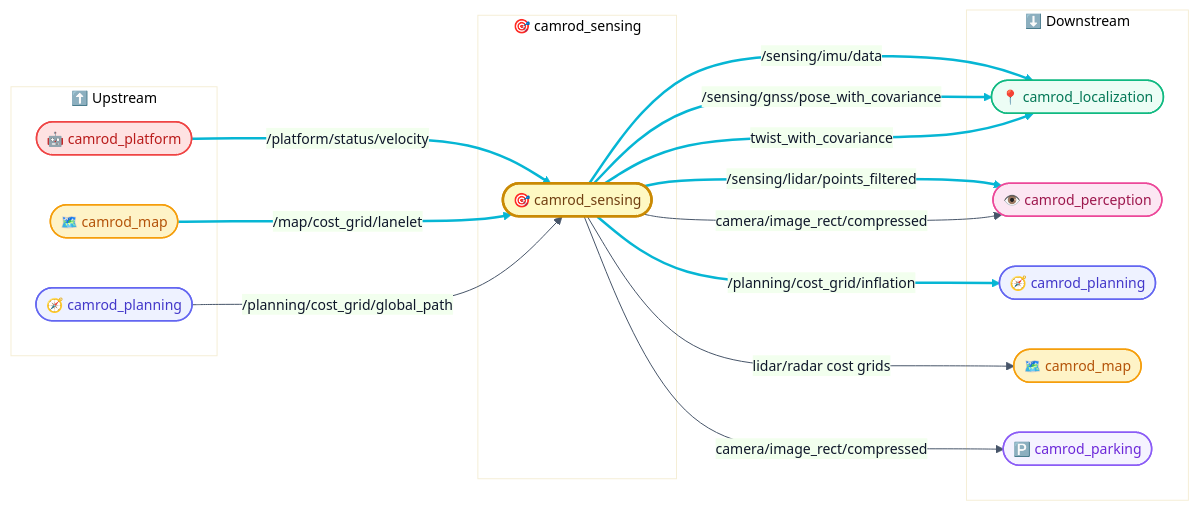
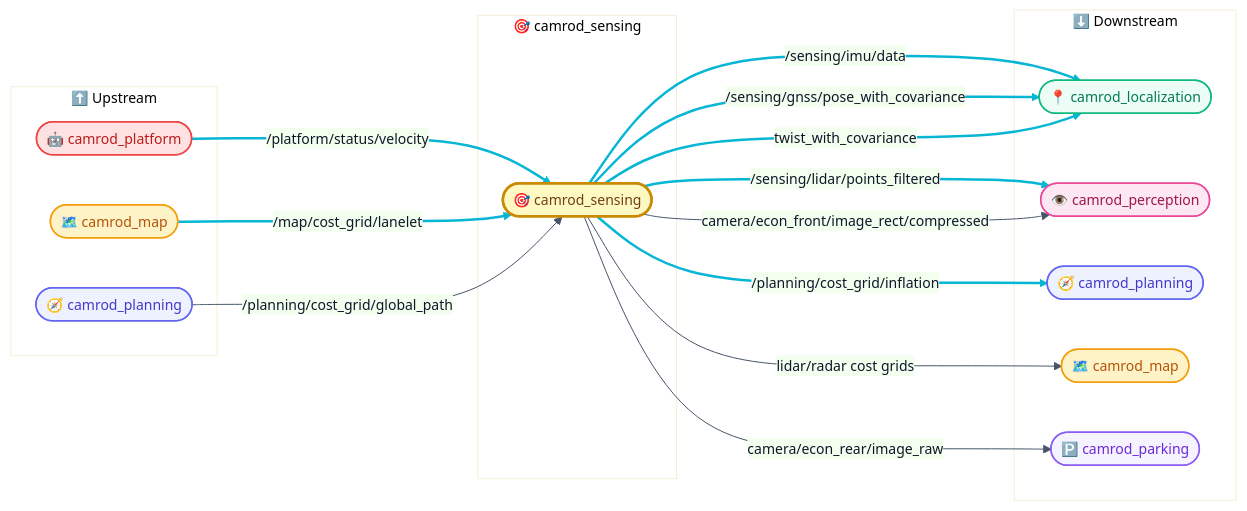
One commit to hwanhonglee/CAMROD changed the first of 3 diagrams in camrod_sensing/README.md. Above: the diagram before and after it, drawn with Mermaid. The commit also changed other lines of this file and 4 other files, not shown here.

````diff
--- a/camrod_sensing/README.md
+++ b/camrod_sensing/README.md
@@ -39,50 +39,50 @@
 ```mermaid
 %%{init: {'theme': 'base', 'themeVariables': {'fontFamily': 'ui-sans-serif, system-ui, sans-serif', 'fontSize': '14px', 'primaryColor': '#EEF2FF', 'primaryTextColor': '#0F172A', 'primaryBorderColor': '#6366F1', 'lineColor': '#475569'}, 'flowchart': {'curve': 'basis', 'htmlLabels': true, 'padding': 12}}}%%
 graph LR
   classDef sensing      fill:#ECFEFF,stroke:#06B6D4,stroke-width:1.5px,color:#0E7490;
   classDef localization fill:#ECFDF5,stroke:#10B981,stroke-width:1.5px,color:#047857;
   classDef mapping      fill:#FEF3C7,stroke:#F59E0B,stroke-width:1.5px,color:#B45309;
   classDef perception   fill:#FCE7F3,stroke:#EC4899,stroke-width:1.5px,color:#9D174D;
   classDef planning     fill:#EEF2FF,stroke:#6366F1,stroke-width:1.5px,color:#4338CA;
   classDef platform     fill:#FEE2E2,stroke:#EF4444,stroke-width:1.5px,color:#B91C1C;
   classDef parking      fill:#F5F3FF,stroke:#8B5CF6,stroke-width:1.5px,color:#6D28D9;
   classDef system       fill:#F1F5F9,stroke:#64748B,stroke-width:1.5px,color:#334155;
   classDef ui           fill:#FFF7ED,stroke:#F97316,stroke-width:1.5px,color:#C2410C;
   classDef topic        fill:#F8FAFC,stroke:#94A3B8,stroke-width:1px,color:#475569,font-style:italic;
   classDef config       fill:#FFFBEB,stroke:#D97706,stroke-width:1.5px,color:#92400E;
   classDef hardware     fill:#FAFAFA,stroke:#6B7280,stroke-width:1.5px,color:#374151;
   classDef highlight    fill:#FEF9C3,stroke:#CA8A04,stroke-width:2.5px,color:#713F12;
 
   subgraph UP["⬆️ Upstream"]
     PLAT([🤖 camrod_platform]):::platform
     MAP([🗺️ camrod_map]):::mapping
     PLAN_IN([🧭 camrod_planning]):::planning
   end
 
   subgraph CS["🎯 camrod_sensing"]
     SENS([🎯 camrod_sensing]):::highlight
   end
 
   subgraph DN["⬇️ Downstream"]
     LOC([📍 camrod_localization]):::localization
     PERC([👁️ camrod_perception]):::perception
     PLAN_OUT([🧭 camrod_planning]):::planning
     MAP_VIZ([🗺️ camrod_map]):::mapping
     PARK([🅿️ camrod_parking]):::parking
   end
 
   PLAT  ==>|/platform/status/velocity| SENS
   MAP   ==>|/map/cost_grid/lanelet| SENS
   PLAN_IN -->|/planning/cost_grid/global_path| SENS
 
   SENS ==>|/sensing/imu/data| LOC
   SENS ==>|/sensing/gnss/pose_with_covariance| LOC
   SENS ==>|twist_with_covariance| LOC
   SENS ==>|/sensing/lidar/points_filtered| PERC
   SENS ==>|/planning/cost_grid/inflation| PLAN_OUT
   SENS -->|lidar/radar cost grids| MAP_VIZ
-  SENS -->|camera/image_rect/compressed| PARK
-  SENS -->|camera/image_rect/compressed| PERC
+  SENS -->|camera/econ_front/image_rect/compressed| PERC
+  SENS -->|camera/econ_rear/image_raw| PARK
 
   linkStyle 0,1,3,4,5,6,7 stroke:#06B6D4,stroke-width:2.5px;
 ```
````
